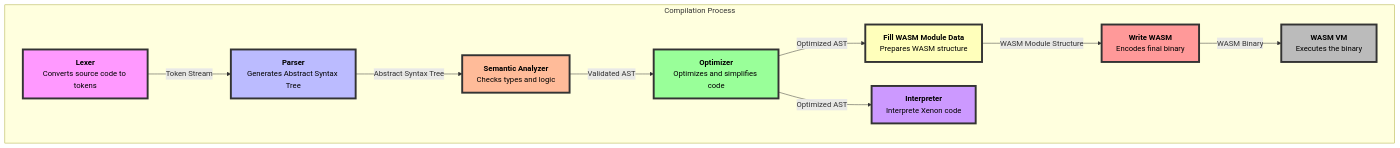
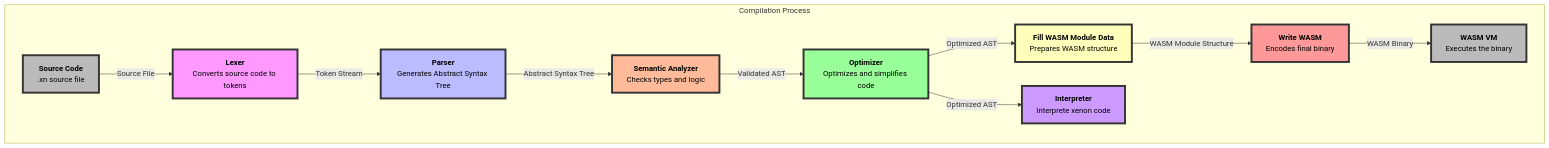
Before and after one commit to Xenon-Lang-Org/docs: the diagram in README.md, drawn with Mermaid. The commit also changed 2 other files, not shown here.

Commit message:
Add source code in mermaid diagram

````diff
--- a/README.md
+++ b/README.md
@@ -60,21 +60,23 @@
 ```mermaid
 graph TD
     style A fill:#f9f,stroke:#333,stroke-width:4px
     style B fill:#bbf,stroke:#333,stroke-width:4px
     style C fill:#fb9,stroke:#333,stroke-width:4px
     style D fill:#9f9,stroke:#333,stroke-width:4px
     style E fill:#ffb,stroke:#333,stroke-width:4px
     style F fill:#f99,stroke:#333,stroke-width:4px
     style G fill:#bbb,stroke:#333,stroke-width:4px
     style H fill:#c9f,stroke:#333,stroke-width:4px
+    style S fill:#bbb,stroke:#333,stroke-width:4px
 
     subgraph Compilation Process
-        A["<b style='color:black'>Lexer</b><br/><span style='color:black'>Converts source code to tokens</span>"] -->|Token Stream| B["<b style='color:black'>Parser</b><br/><span style='color:black'>Generates Abstract Syntax Tree</span>"]
+        S["<b style='color:black'>Source Code</b><br/><span style='color:black'>.xn source file</span>"] -->|Source File| A["<b style='color:black'>Lexer</b><br/><span style='color:black'>Converts source code to tokens</span>"]
+        A -->|Token Stream| B["<b style='color:black'>Parser</b><br/><span style='color:black'>Generates Abstract Syntax Tree</span>"]
         B -->|Abstract Syntax Tree| C["<b style='color:black'>Semantic Analyzer</b><br/><span style='color:black'>Checks types and logic</span>"]
         C -->|Validated AST| D["<b style='color:black'>Optimizer</b><br/><span style='color:black'>Optimizes and simplifies code</span>"]
         D -->|Optimized AST| E["<b style='color:black'>Fill WASM Module Data</b><br/><span style='color:black'>Prepares WASM structure</span>"]
         E -->|WASM Module Structure| F["<b style='color:black'>Write WASM</b><br/><span style='color:black'>Encodes final binary</span>"]
         F -->|WASM Binary| G["<b style='color:black'>WASM VM</b><br/><span style='color:black'>Executes the binary</span>"]
-        D -->|Optimized AST| H["<b style='color:black'>Interpreter</b><br/><span style='color:black'>Interprete Xenon code</span>"]
+        D -->|Optimized AST| H["<b style='color:black'>Interpreter</b><br/><span style='color:black'>Interprete xenon code</span>"]
     end
 ```
````
